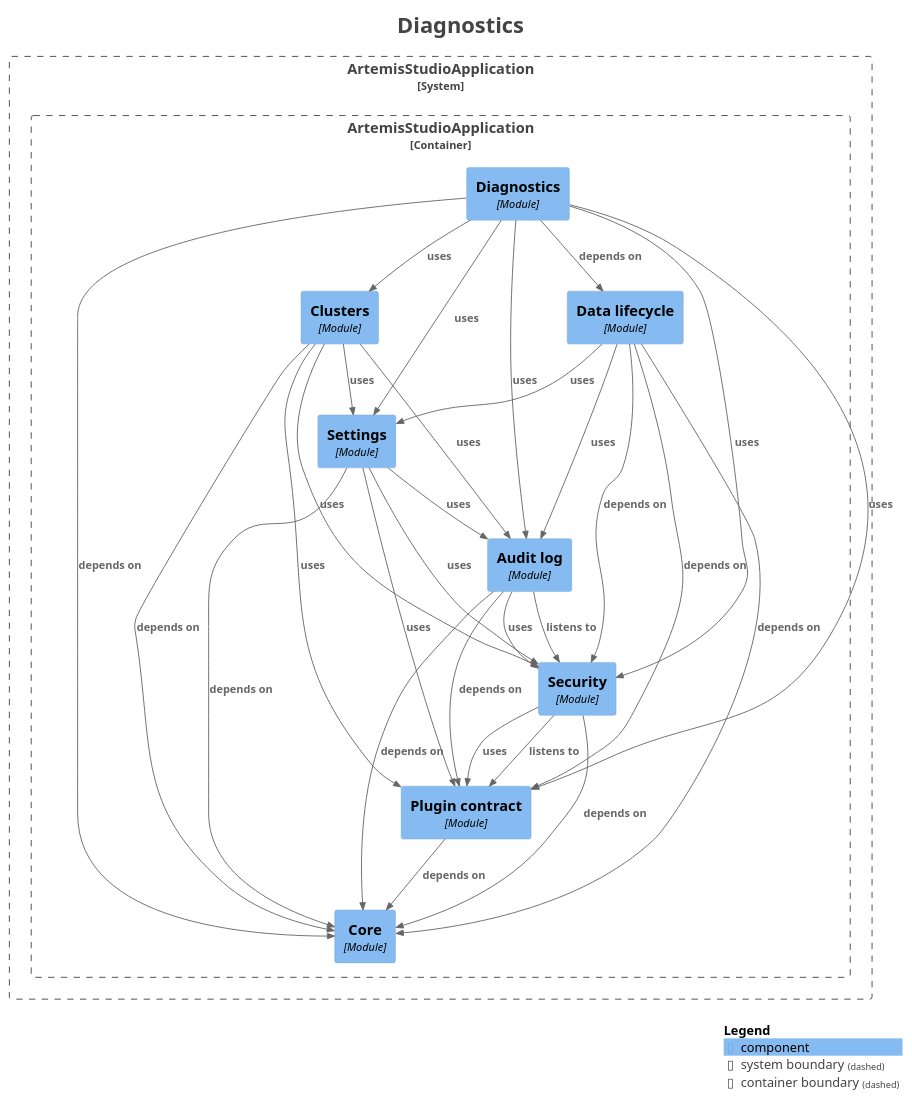
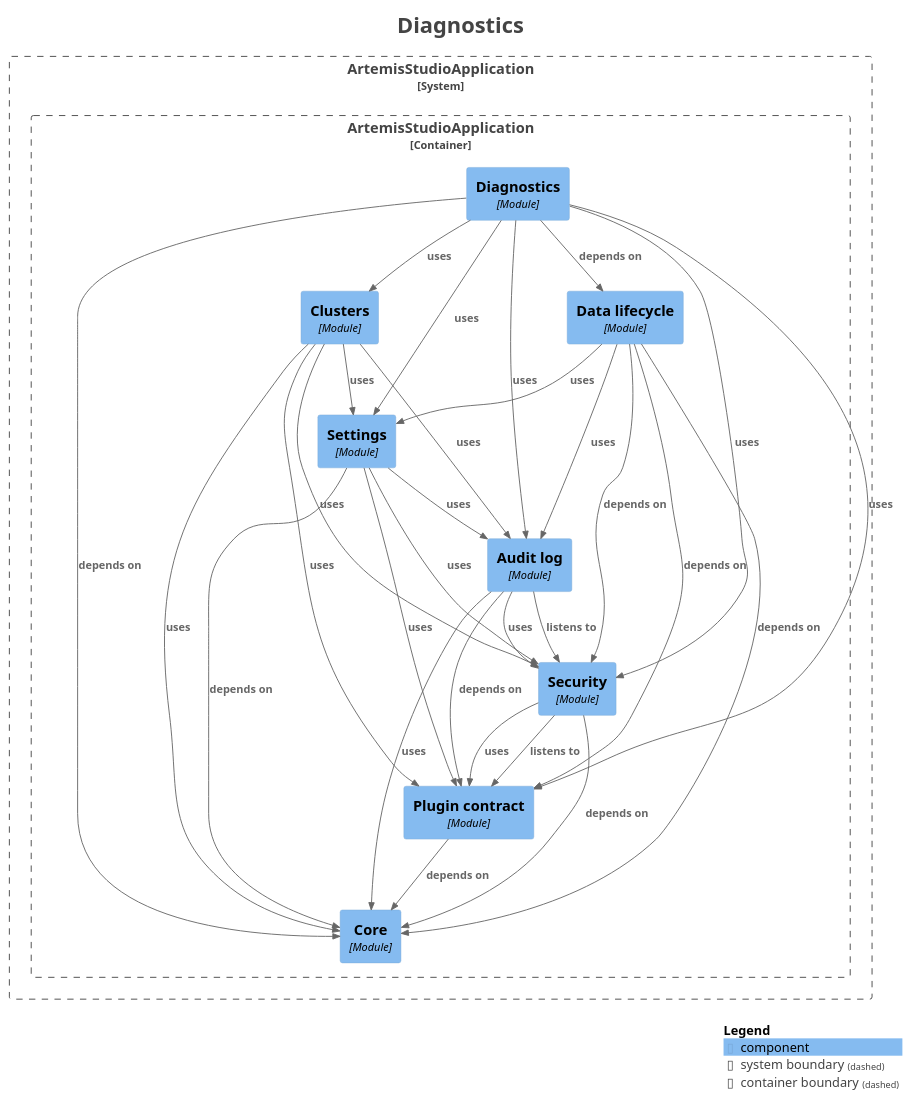
The diagram in docs/modules/module-feature.diagnostics.puml (sudoitir/artemis-studio), drawn with PlantUML before and after one commit. The commit also changed 84 other files, not shown here.

```diff
--- a/docs/modules/module-feature.diagnostics.puml
+++ b/docs/modules/module-feature.diagnostics.puml
@@ -1,64 +1,64 @@
 @startuml
 title <size:24>Diagnostics</size>
 
 set separator none
 top to bottom direction
 
 <style>
   root {
     BackgroundColor: #ffffff
     FontColor: #444444
   }
 </style>
 
 !include <C4/C4>
 !include <C4/C4_Context>
 !include <C4/C4_Component>
 
 System_Boundary("ArtemisStudioApplication_boundary", "ArtemisStudioApplication", $tags="") {
   Container_Boundary("ArtemisStudioApplication.ArtemisStudioApplication_boundary", "ArtemisStudioApplication", $tags="") {
     Component(ArtemisStudioApplication.ArtemisStudioApplication.Auditlog, "Audit log", $techn="Module", $descr="", $tags="", $link="")
     Component(ArtemisStudioApplication.ArtemisStudioApplication.Clusters, "Clusters", $techn="Module", $descr="", $tags="", $link="")
     Component(ArtemisStudioApplication.ArtemisStudioApplication.Core, "Core", $techn="Module", $descr="", $tags="", $link="")
     Component(ArtemisStudioApplication.ArtemisStudioApplication.Datalifecycle, "Data lifecycle", $techn="Module", $descr="", $tags="", $link="")
     Component(ArtemisStudioApplication.ArtemisStudioApplication.Diagnostics, "Diagnostics", $techn="Module", $descr="", $tags="", $link="")
     Component(ArtemisStudioApplication.ArtemisStudioApplication.Plugincontract, "Plugin contract", $techn="Module", $descr="", $tags="", $link="")
     Component(ArtemisStudioApplication.ArtemisStudioApplication.Security, "Security", $techn="Module", $descr="", $tags="", $link="")
     Component(ArtemisStudioApplication.ArtemisStudioApplication.Settings, "Settings", $techn="Module", $descr="", $tags="", $link="")
   }
 
 }
 
-Rel(ArtemisStudioApplication.ArtemisStudioApplication.Auditlog, ArtemisStudioApplication.ArtemisStudioApplication.Core, "depends on", $techn="", $tags="", $link="")
+Rel(ArtemisStudioApplication.ArtemisStudioApplication.Auditlog, ArtemisStudioApplication.ArtemisStudioApplication.Core, "uses", $techn="", $tags="", $link="")
 Rel(ArtemisStudioApplication.ArtemisStudioApplication.Auditlog, ArtemisStudioApplication.ArtemisStudioApplication.Plugincontract, "depends on", $techn="", $tags="", $link="")
 Rel(ArtemisStudioApplication.ArtemisStudioApplication.Auditlog, ArtemisStudioApplication.ArtemisStudioApplication.Security, "listens to", $techn="", $tags="", $link="")
 Rel(ArtemisStudioApplication.ArtemisStudioApplication.Auditlog, ArtemisStudioApplication.ArtemisStudioApplication.Security, "uses", $techn="", $tags="", $link="")
 Rel(ArtemisStudioApplication.ArtemisStudioApplication.Clusters, ArtemisStudioApplication.ArtemisStudioApplication.Auditlog, "uses", $techn="", $tags="", $link="")
-Rel(ArtemisStudioApplication.ArtemisStudioApplication.Clusters, ArtemisStudioApplication.ArtemisStudioApplication.Core, "depends on", $techn="", $tags="", $link="")
+Rel(ArtemisStudioApplication.ArtemisStudioApplication.Clusters, ArtemisStudioApplication.ArtemisStudioApplication.Core, "uses", $techn="", $tags="", $link="")
 Rel(ArtemisStudioApplication.ArtemisStudioApplication.Clusters, ArtemisStudioApplication.ArtemisStudioApplication.Plugincontract, "uses", $techn="", $tags="", $link="")
 Rel(ArtemisStudioApplication.ArtemisStudioApplication.Clusters, ArtemisStudioApplication.ArtemisStudioApplication.Security, "uses", $techn="", $tags="", $link="")
 Rel(ArtemisStudioApplication.ArtemisStudioApplication.Clusters, ArtemisStudioApplication.ArtemisStudioApplication.Settings, "uses", $techn="", $tags="", $link="")
 Rel(ArtemisStudioApplication.ArtemisStudioApplication.Datalifecycle, ArtemisStudioApplication.ArtemisStudioApplication.Auditlog, "uses", $techn="", $tags="", $link="")
 Rel(ArtemisStudioApplication.ArtemisStudioApplication.Datalifecycle, ArtemisStudioApplication.ArtemisStudioApplication.Core, "depends on", $techn="", $tags="", $link="")
 Rel(ArtemisStudioApplication.ArtemisStudioApplication.Datalifecycle, ArtemisStudioApplication.ArtemisStudioApplication.Plugincontract, "depends on", $techn="", $tags="", $link="")
 Rel(ArtemisStudioApplication.ArtemisStudioApplication.Datalifecycle, ArtemisStudioApplication.ArtemisStudioApplication.Security, "depends on", $techn="", $tags="", $link="")
 Rel(ArtemisStudioApplication.ArtemisStudioApplication.Datalifecycle, ArtemisStudioApplication.ArtemisStudioApplication.Settings, "uses", $techn="", $tags="", $link="")
 Rel(ArtemisStudioApplication.ArtemisStudioApplication.Diagnostics, ArtemisStudioApplication.ArtemisStudioApplication.Auditlog, "uses", $techn="", $tags="", $link="")
 Rel(ArtemisStudioApplication.ArtemisStudioApplication.Diagnostics, ArtemisStudioApplication.ArtemisStudioApplication.Clusters, "uses", $techn="", $tags="", $link="")
 Rel(ArtemisStudioApplication.ArtemisStudioApplication.Diagnostics, ArtemisStudioApplication.ArtemisStudioApplication.Core, "depends on", $techn="", $tags="", $link="")
 Rel(ArtemisStudioApplication.ArtemisStudioApplication.Diagnostics, ArtemisStudioApplication.ArtemisStudioApplication.Datalifecycle, "depends on", $techn="", $tags="", $link="")
 Rel(ArtemisStudioApplication.ArtemisStudioApplication.Diagnostics, ArtemisStudioApplication.ArtemisStudioApplication.Plugincontract, "uses", $techn="", $tags="", $link="")
 Rel(ArtemisStudioApplication.ArtemisStudioApplication.Diagnostics, ArtemisStudioApplication.ArtemisStudioApplication.Security, "uses", $techn="", $tags="", $link="")
 Rel(ArtemisStudioApplication.ArtemisStudioApplication.Diagnostics, ArtemisStudioApplication.ArtemisStudioApplication.Settings, "uses", $techn="", $tags="", $link="")
 Rel(ArtemisStudioApplication.ArtemisStudioApplication.Plugincontract, ArtemisStudioApplication.ArtemisStudioApplication.Core, "depends on", $techn="", $tags="", $link="")
 Rel(ArtemisStudioApplication.ArtemisStudioApplication.Security, ArtemisStudioApplication.ArtemisStudioApplication.Core, "depends on", $techn="", $tags="", $link="")
 Rel(ArtemisStudioApplication.ArtemisStudioApplication.Security, ArtemisStudioApplication.ArtemisStudioApplication.Plugincontract, "listens to", $techn="", $tags="", $link="")
 Rel(ArtemisStudioApplication.ArtemisStudioApplication.Security, ArtemisStudioApplication.ArtemisStudioApplication.Plugincontract, "uses", $techn="", $tags="", $link="")
 Rel(ArtemisStudioApplication.ArtemisStudioApplication.Settings, ArtemisStudioApplication.ArtemisStudioApplication.Auditlog, "uses", $techn="", $tags="", $link="")
 Rel(ArtemisStudioApplication.ArtemisStudioApplication.Settings, ArtemisStudioApplication.ArtemisStudioApplication.Core, "depends on", $techn="", $tags="", $link="")
 Rel(ArtemisStudioApplication.ArtemisStudioApplication.Settings, ArtemisStudioApplication.ArtemisStudioApplication.Plugincontract, "uses", $techn="", $tags="", $link="")
 Rel(ArtemisStudioApplication.ArtemisStudioApplication.Settings, ArtemisStudioApplication.ArtemisStudioApplication.Security, "uses", $techn="", $tags="", $link="")
 
 SHOW_LEGEND(true)
 hide stereotypes
 @enduml
```
